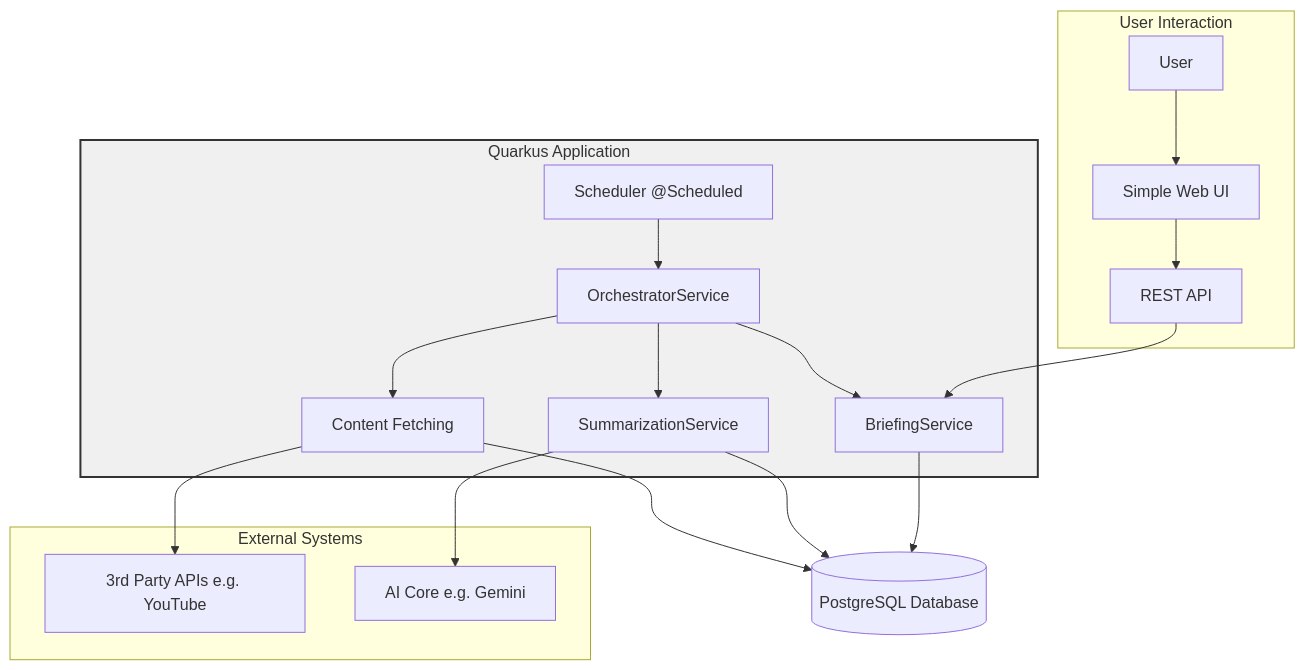
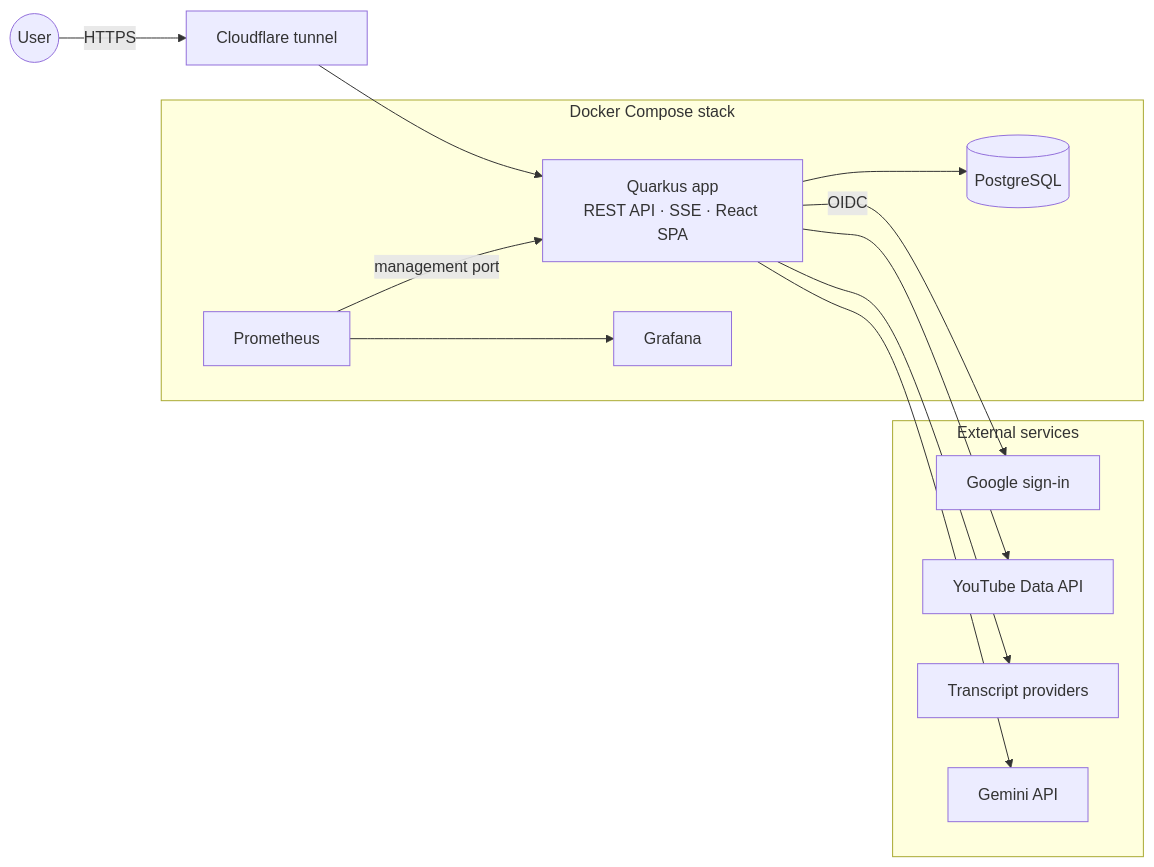
The diagram in README.md (sjuresa/povzetkar), drawn with Mermaid before and after one commit. The commit also changed other lines of this file and 3 other files, not shown here.

````diff
--- a/README.md
+++ b/README.md
@@ -13,28 +33,25 @@
 ```mermaid
-graph TD
-    subgraph "User Interaction"
-        User --> UI[Simple Web UI]
-        UI --> API[REST API]
+graph LR
+    User((User)) -->|HTTPS| CF[Cloudflare tunnel]
+    CF --> App
+
+    subgraph Stack ["Docker Compose stack"]
+        App[Quarkus app<br/>REST API · SSE · React SPA]
+        DB[(PostgreSQL)]
+        Prom[Prometheus] --> Graf[Grafana]
+        App --> DB
+        Prom -->|management port| App
     end
 
-    subgraph quarkus_app ["Quarkus Application"]
-        Scheduler[Scheduler @Scheduled] --> Orchestrator[OrchestratorService]
-        Orchestrator --> ContentFetcher[Content Fetching]
-        Orchestrator --> Summarizer[SummarizationService]
-        Orchestrator --> BriefingGen[BriefingService]
-API --> BriefingGen
+    subgraph Ext ["External services"]
+        Google[Google sign-in]
+        YT[YouTube Data API]
+        TP[Transcript providers]
+        Gemini[Gemini API]
     end
 
-    subgraph "External Systems"
-        ExtAPI[3rd Party APIs e.g. YouTube]
-        GenAI[AI Core e.g. Gemini]
-    end
-
-    DB[(PostgreSQL Database)]
-
-    ContentFetcher --> ExtAPI & DB
-    Summarizer --> GenAI & DB
-    BriefingGen --> DB
-
-    style quarkus_app fill:#f0f0f0,stroke:#333,stroke-width:2px
+    App -->|OIDC| Google
+    App --> YT
+    App --> TP
+    App --> Gemini
 ```
````
